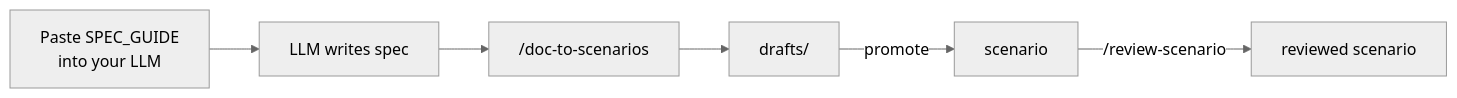
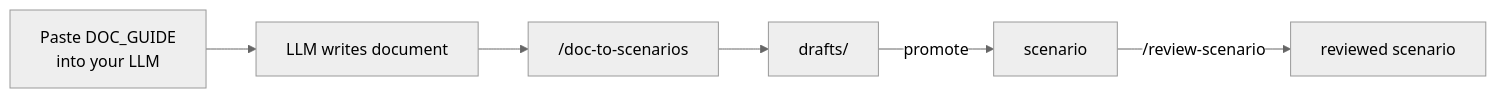
One commit to mattbobambrose/playwright-scenarios changed the second of 5 diagrams in website/playwright-scenarios/docs/workflow.md. Above: the diagram before and after it, drawn with Mermaid (neutral theme). The commit also changed other lines of this file and 19 other files, not shown here.

````diff
--- a/website/playwright-scenarios/docs/workflow.md
+++ b/website/playwright-scenarios/docs/workflow.md
@@ -37,8 +37,8 @@
 ``` mermaid
 graph LR
-    A[Paste SPEC_GUIDE\ninto your LLM] --> B[LLM writes spec]
+    A[Paste DOC_GUIDE\ninto your LLM] --> B[LLM writes document]
     B --> C["/doc-to-scenarios"]
     C --> D["drafts/"]
     D -->|promote| E[scenario]
     E -->|"/review-scenario"| F[reviewed scenario]
 ```
````
